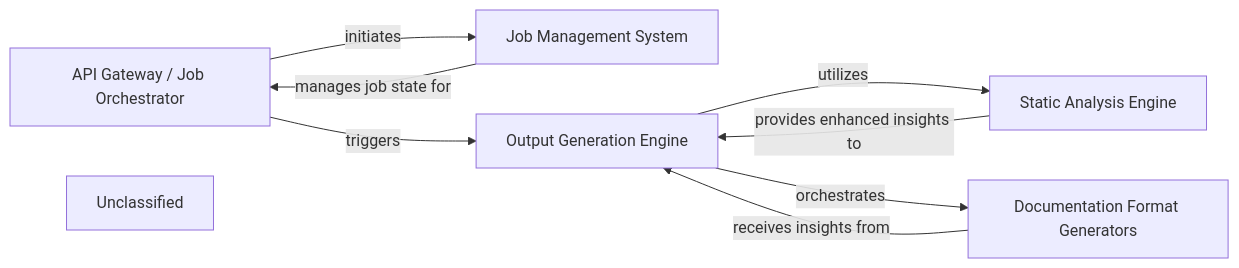
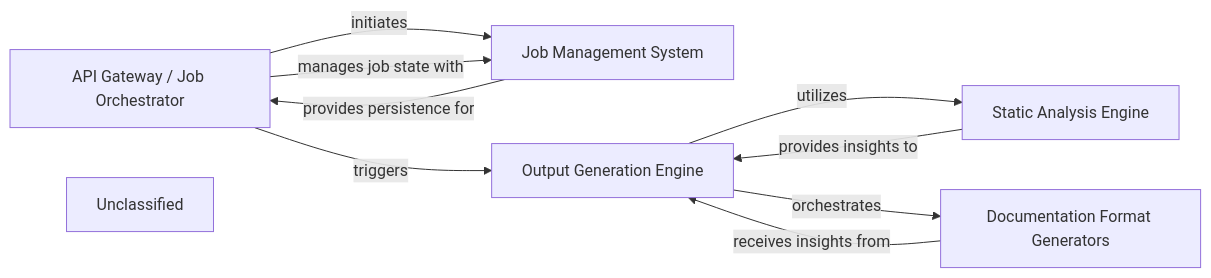
Before and after one commit to mariyam866/CodeBoarding: the diagram in .codeboarding/Output_Generation_Engine.md, drawn with Mermaid. The commit also changed other lines of this file and 16 other files, not shown here.

First line of the commit message:
docs: update codeboarding documentation and generate architecture

````diff
--- a/.codeboarding/Output_Generation_Engine.md
+++ b/.codeboarding/Output_Generation_Engine.md
@@ -1,19 +1,20 @@
 ```mermaid
 graph LR
     API_Gateway_Job_Orchestrator["API Gateway / Job Orchestrator"]
     Job_Management_System["Job Management System"]
     Static_Analysis_Engine["Static Analysis Engine"]
     Output_Generation_Engine["Output Generation Engine"]
     Documentation_Format_Generators["Documentation Format Generators"]
     Unclassified["Unclassified"]
     Unclassified["Unclassified"]
     API_Gateway_Job_Orchestrator -- "initiates" --> Job_Management_System
+    API_Gateway_Job_Orchestrator -- "manages job state with" --> Job_Management_System
     API_Gateway_Job_Orchestrator -- "triggers" --> Output_Generation_Engine
-    Job_Management_System -- "manages job state for" --> API_Gateway_Job_Orchestrator
-    Static_Analysis_Engine -- "provides enhanced insights to" --> Output_Generation_Engine
+    Job_Management_System -- "provides persistence for" --> API_Gateway_Job_Orchestrator
+    Static_Analysis_Engine -- "provides insights to" --> Output_Generation_Engine
     Output_Generation_Engine -- "utilizes" --> Static_Analysis_Engine
     Output_Generation_Engine -- "orchestrates" --> Documentation_Format_Generators
     Documentation_Format_Generators -- "receives insights from" --> Output_Generation_Engine
     click Static_Analysis_Engine href "https://github.com/CodeBoarding/CodeBoarding/blob/main/.codeboarding/Static_Analysis_Engine.md" "Details"
     click Output_Generation_Engine href "https://github.com/CodeBoarding/CodeBoarding/blob/main/.codeboarding/Output_Generation_Engine.md" "Details"
 ```
````
